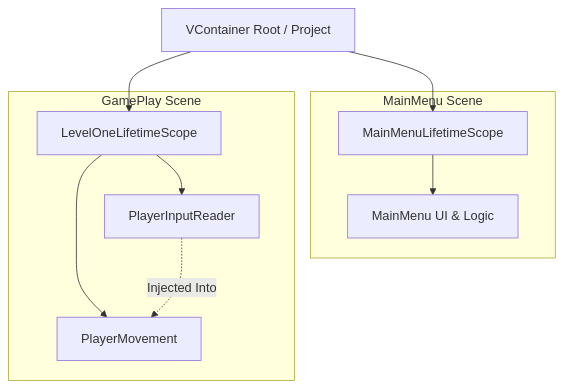
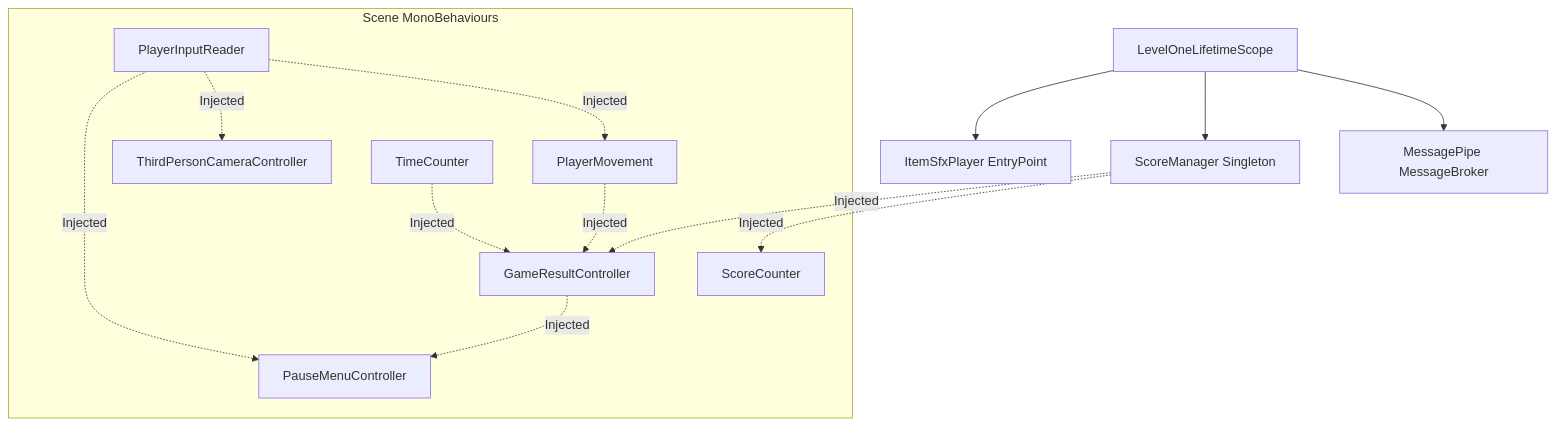
The first of 3 diagrams in context/architecture.md (cnwiio/Dev3PracticalExam), drawn with Mermaid before and after one commit. The commit also changed other lines of this file and 86 other files, not shown here.

````diff
--- a/context/architecture.md
+++ b/context/architecture.md
@@ -13,15 +59,26 @@
 ```mermaid
 graph TD
-    A[VContainer Root / Project] --> B[MainMenuLifetimeScope]
-    A --> C[LevelOneLifetimeScope]
+    Scope[LevelOneLifetimeScope] --> MP[MessagePipe MessageBroker]
+    Scope --> SM[ScoreManager Singleton]
+    Scope --> ISP[ItemSfxPlayer EntryPoint]
+
+    subgraph Scene MonoBehaviours
+        PIR[PlayerInputReader]
+        PM[PlayerMovement]
+        TPC[ThirdPersonCameraController]
+        TC[TimeCounter]
+        SC[ScoreCounter]
+        GRC[GameResultController]
+        PMC[PauseMenuController]
+    end
+
+    PIR -. Injected .-> PM
+    PIR -. Injected .-> TPC
+    PIR -. Injected .-> PMC
     
-    subgraph MainMenu Scene
-        B --> D[MainMenu UI & Logic]
-    end
-    
-    subgraph GamePlay Scene
-        C --> E[PlayerInputReader]
-        C --> F[PlayerMovement]
-        E -. Injected Into .-> F
-    end
+    SM -. Injected .-> SC
+    SM -. Injected .-> GRC
+    TC -. Injected .-> GRC
+    PM -. Injected .-> GRC
+    GRC -. Injected .-> PMC
 ```
````
